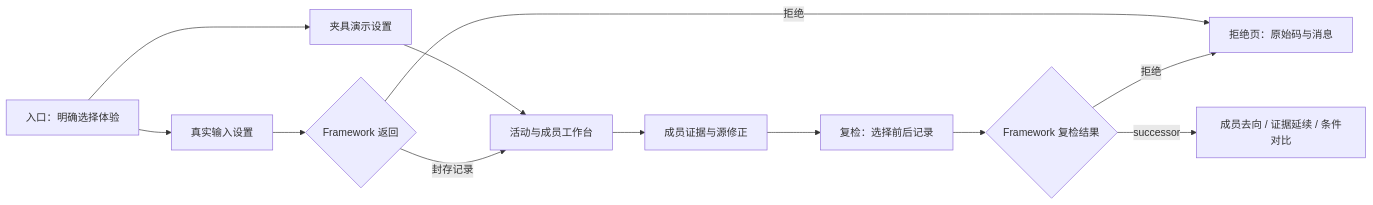
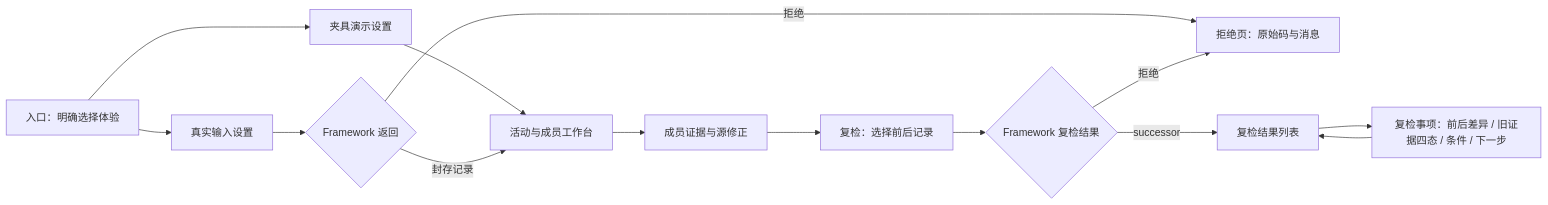
Before and after one commit to EricRoosevelt/epc-digital-delivery-control-tower: the diagram in docs/product/2026-09-16-doctor-d1-screen-flow.md, drawn with Mermaid. The commit also changed other lines of this file and 2 other files, not shown here.

````diff
--- a/docs/product/2026-09-16-doctor-d1-screen-flow.md
+++ b/docs/product/2026-09-16-doctor-d1-screen-flow.md
@@ -37,14 +37,16 @@
 ```mermaid
 flowchart LR
     E[入口：明确选择体验] --> D[夹具演示设置]
     E --> R[真实输入设置]
     D --> W[活动与成员工作台]
     R --> F{Framework 返回}
     F -->|拒绝| X[拒绝页：原始码与消息]
     F -->|封存记录| W
     W --> V[成员证据与源修正]
     V --> C[复检：选择前后记录]
     C --> F2{Framework 复检结果}
     F2 -->|拒绝| X
-    F2 -->|successor| P[成员去向 / 证据延续 / 条件对比]
+    F2 -->|successor| P[复检结果列表]
+    P --> I[复检事项：前后差异 / 旧证据四态 / 条件 / 下一步]
+    I --> P
 ```
````
